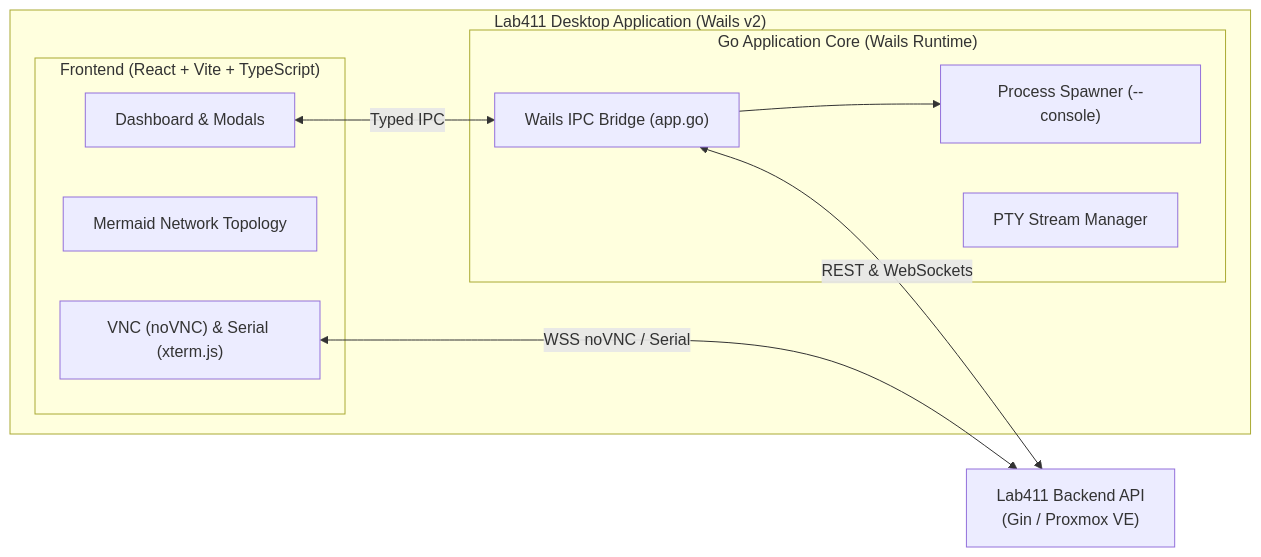
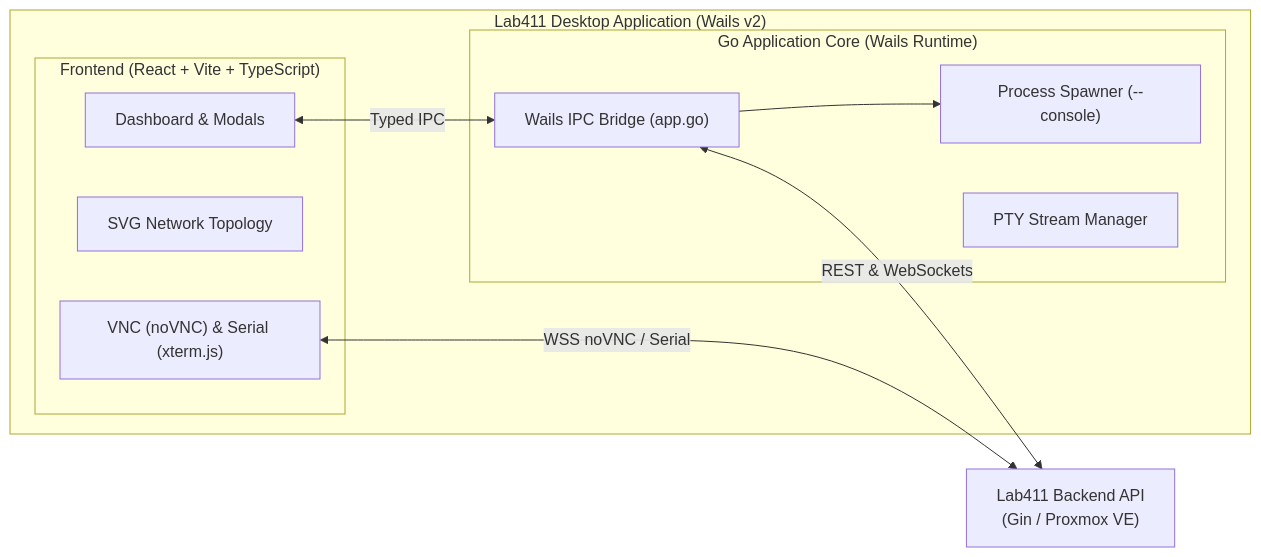
One commit to nuhnicek/vm-manager changed the diagram in README.md. Above: the diagram before and after it, drawn with Mermaid. The commit also changed other lines of this file and 7 other files, not shown here.

````diff
--- a/README.md
+++ b/README.md
@@ -33,23 +33,23 @@
 ```mermaid
 flowchart LR
     subgraph Desktop["Lab411 Desktop Application (Wails v2)"]
         subgraph Webview["Frontend (React + Vite + TypeScript)"]
             UI["Dashboard & Modals"]
-            MermaidMap["Mermaid Network Topology"]
+            MermaidMap["SVG Network Topology"]
             ConsoleView["VNC (noVNC) & Serial (xterm.js)"]
         end
 
         subgraph GoRuntime["Go Application Core (Wails Runtime)"]
             Bridge["Wails IPC Bridge (app.go)"]
             MultiWin["Process Spawner (--console)"]
             PTY["PTY Stream Manager"]
         end
     end
 
     BackendAPI["Lab411 Backend API<br/>(Gin / Proxmox VE)"]
 
     UI <-->|Typed IPC| Bridge
     Bridge --> MultiWin
     Bridge <-->|REST & WebSockets| BackendAPI
     ConsoleView <-->|WSS noVNC / Serial| BackendAPI
 ```
````
